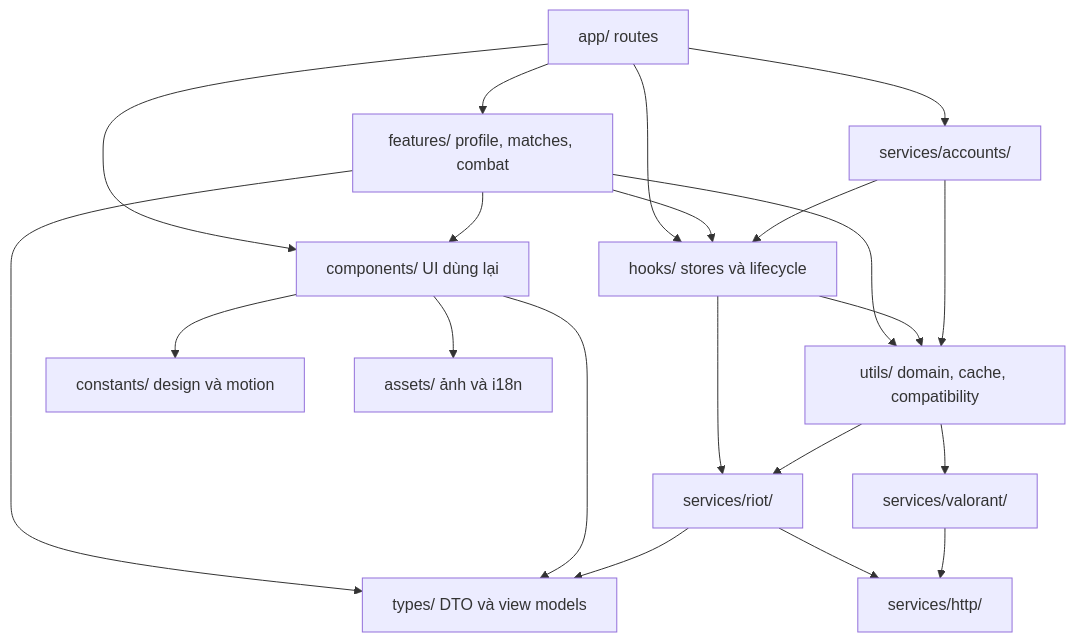
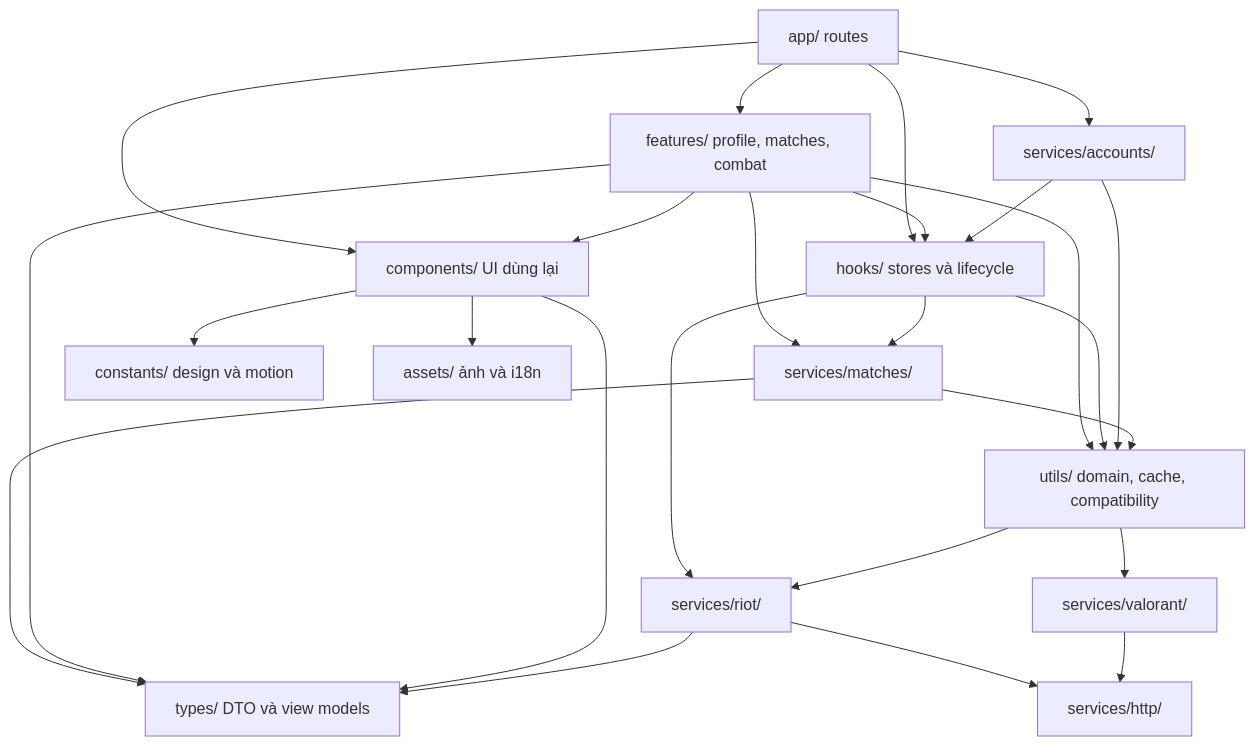
One commit to GinzaTech/Vshop changed the diagram in markdown/14-package.md. Above: the diagram before and after it, drawn with Mermaid. The commit also changed other lines of this file and 56 other files, not shown here.

````diff
--- a/markdown/14-package.md
+++ b/markdown/14-package.md
@@ -6,35 +6,40 @@
 ```mermaid
 flowchart TD
     App[app/ routes]
     Features[features/ profile, matches, combat]
     Components[components/ UI dùng lại]
     Hooks[hooks/ stores và lifecycle]
     Accounts[services/accounts/]
+    MatchServices[services/matches/]
     Riot[services/riot/]
     Public[services/valorant/]
     Http[services/http/]
     Utils[utils/ domain, cache, compatibility]
     Types[types/ DTO và view models]
     Constants[constants/ design và motion]
     Assets[assets/ ảnh và i18n]
     App --> Features
     App --> Components
     App --> Hooks
     App --> Accounts
     Features --> Components
     Features --> Hooks
     Features --> Utils
     Hooks --> Utils
     Hooks --> Riot
     Accounts --> Hooks
     Accounts --> Utils
+    Features --> MatchServices
+    Hooks --> MatchServices
+    MatchServices --> Utils
+    MatchServices --> Types
     Utils --> Riot
     Utils --> Public
     Riot --> Http
     Public --> Http
     Features --> Types
     Components --> Types
     Riot --> Types
     Components --> Constants
     Components --> Assets
 ```
````
